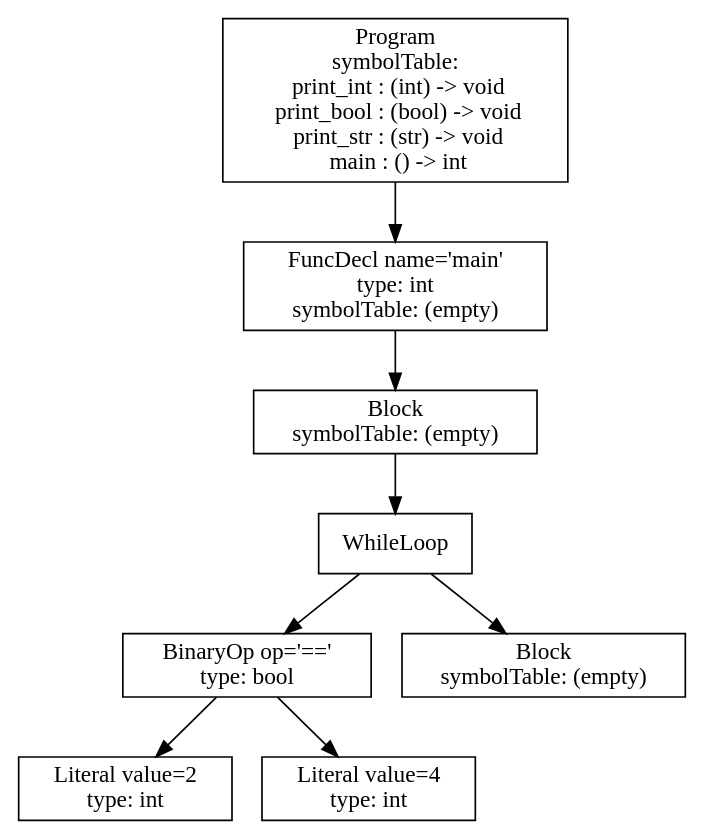
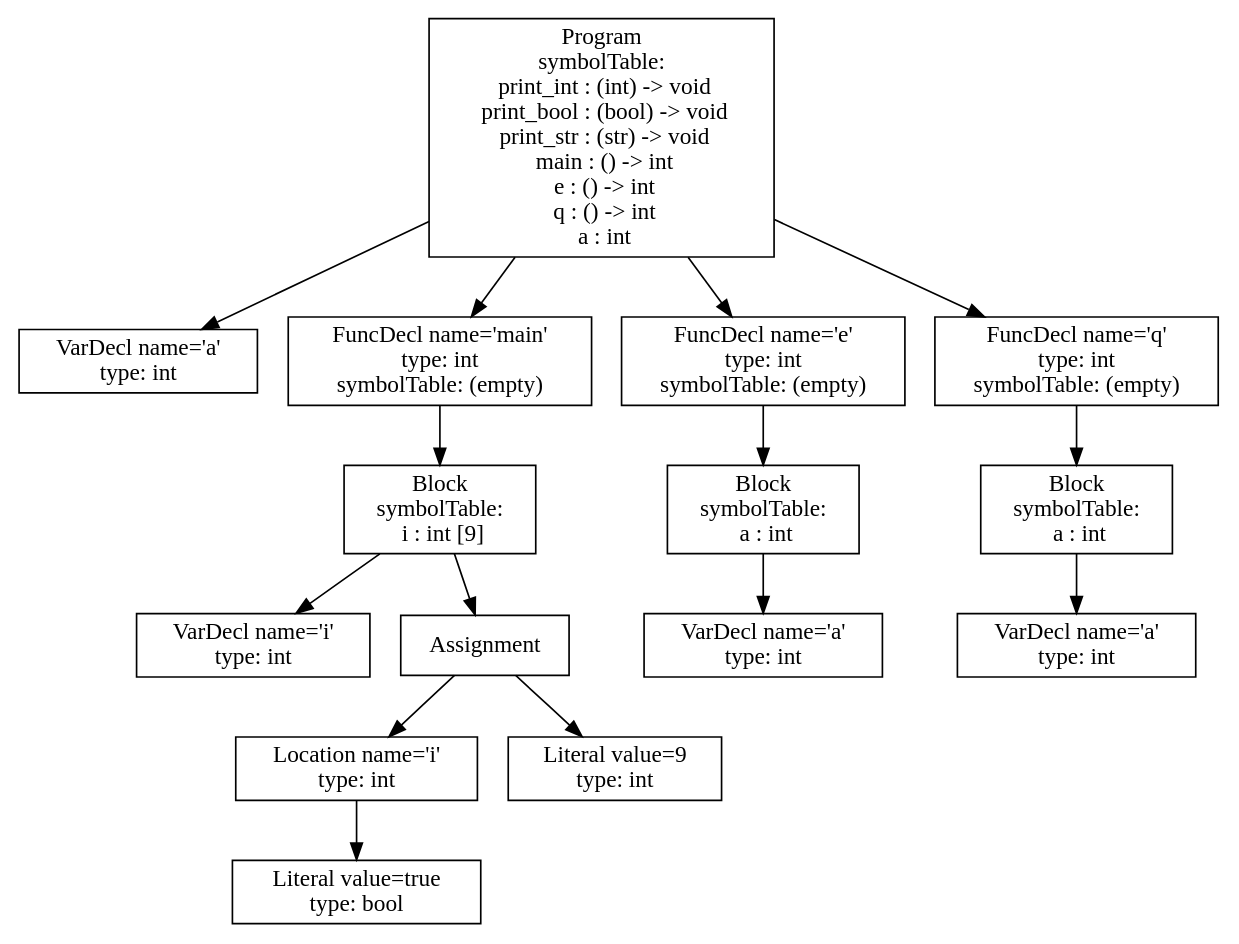
One commit to vtstew/p3-analysis changed the diagram in ast.dot. Above: the diagram before and after it, drawn with Graphviz. The commit also changed 10 other files, not shown here.

```diff
--- a/ast.dot
+++ b/ast.dot
@@ -1,17 +1,31 @@
 digraph AST {
-5 [shape=box, label="Literal value=2\ntype: int"];
-6 [shape=box, label="Literal value=4\ntype: int"];
-4 [shape=box, label="BinaryOp op='=='\ntype: bool"];
-4 -> 5;
-4 -> 6;
-7 [shape=box, label="Block\nsymbolTable: (empty)"];
-3 [shape=box, label="WhileLoop"];
+1 [shape=box, label="VarDecl name='a'\ntype: int"];
+4 [shape=box, label="VarDecl name='i'\ntype: int"];
+7 [shape=box, label="Literal value=true\ntype: bool"];
+6 [shape=box, label="Location name='i'\ntype: int"];
+6 -> 7;
+8 [shape=box, label="Literal value=9\ntype: int"];
+5 [shape=box, label="Assignment"];
+5 -> 6;
+5 -> 8;
+3 [shape=box, label="Block\nsymbolTable: \n  i : int [9]"];
 3 -> 4;
-3 -> 7;
-2 [shape=box, label="Block\nsymbolTable: (empty)"];
+3 -> 5;
+2 [shape=box, label="FuncDecl name='main'\ntype: int\nsymbolTable: (empty)"];
 2 -> 3;
-1 [shape=box, label="FuncDecl name='main'\ntype: int\nsymbolTable: (empty)"];
-1 -> 2;
-0 [shape=box, label="Program\nsymbolTable: \n  print_int : (int) -> void\n  print_bool : (bool) -> void\n  print_str : (str) -> void\n  main : () -> int"];
+11 [shape=box, label="VarDecl name='a'\ntype: int"];
+10 [shape=box, label="Block\nsymbolTable: \n  a : int"];
+10 -> 11;
+9 [shape=box, label="FuncDecl name='e'\ntype: int\nsymbolTable: (empty)"];
+9 -> 10;
+14 [shape=box, label="VarDecl name='a'\ntype: int"];
+13 [shape=box, label="Block\nsymbolTable: \n  a : int"];
+13 -> 14;
+12 [shape=box, label="FuncDecl name='q'\ntype: int\nsymbolTable: (empty)"];
+12 -> 13;
+0 [shape=box, label="Program\nsymbolTable: \n  print_int : (int) -> void\n  print_bool : (bool) -> void\n  print_str : (str) -> void\n  main : () -> int\n  e : () -> int\n  q : () -> int\n  a : int"];
 0 -> 1;
+0 -> 2;
+0 -> 9;
+0 -> 12;
 }
```
